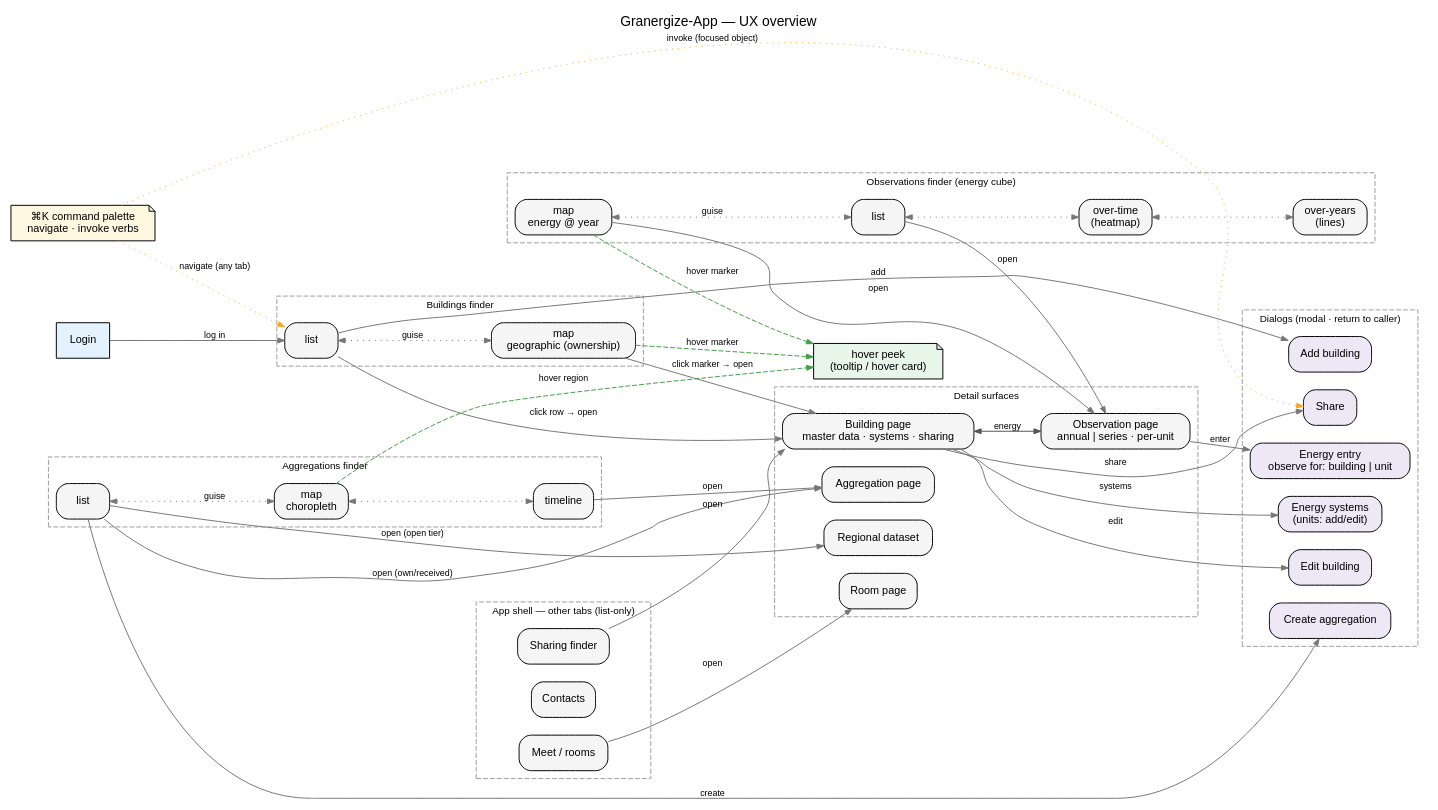
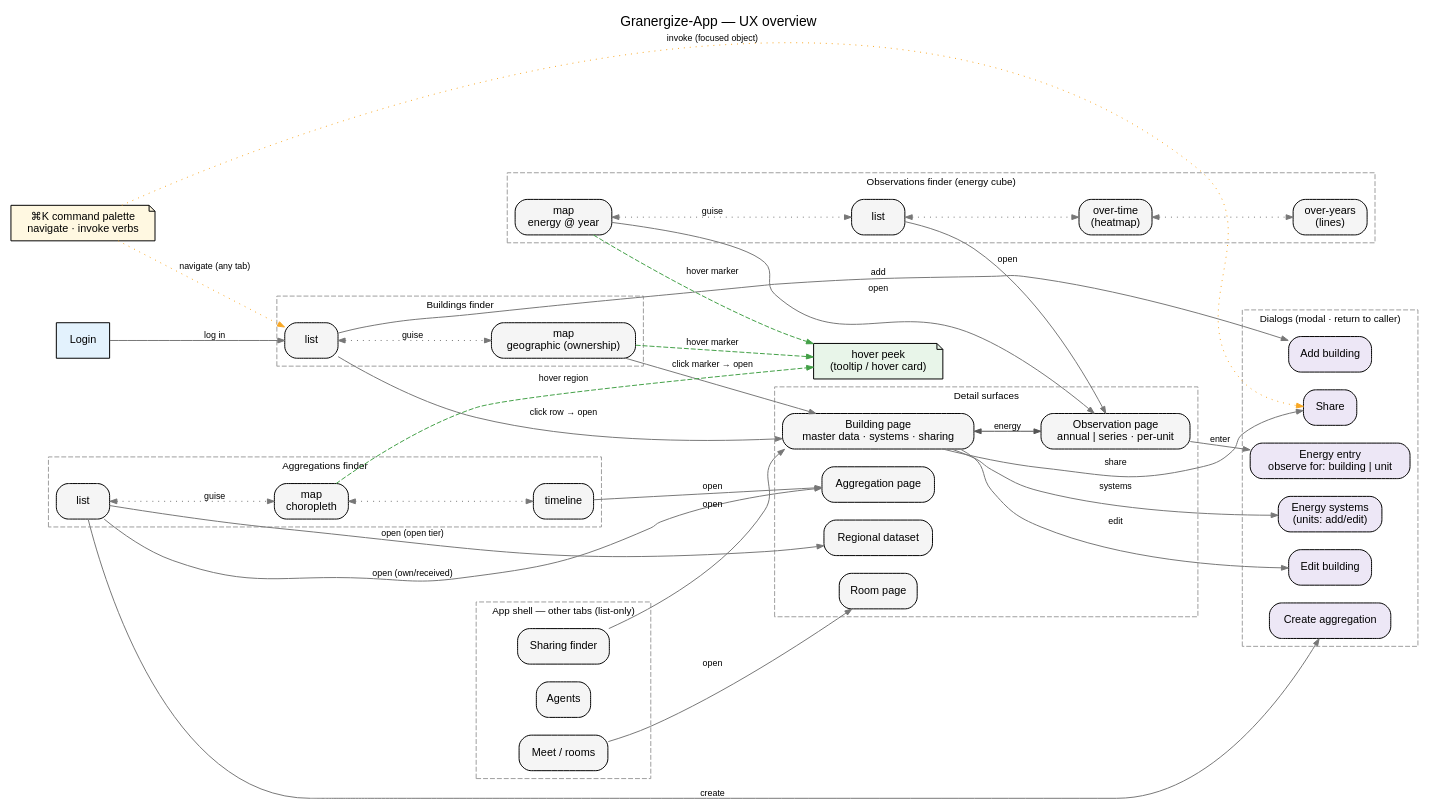
The diagram in notes/ux-overview.dot (wintechis/granergize-webapp), drawn with Graphviz before and after one commit. The commit also changed 54 other files, not shown here.

```diff
--- a/notes/ux-overview.dot
+++ b/notes/ux-overview.dot
@@ -1,117 +1,117 @@
 // Granergize-App — UX overview (a poor-man's statechart: coarse surfaces +
 // the transitions between them, one level above a full statechart).
 //
 // Layers: the app-shell TABS (free-switching finders, each with its GUISE
 // sub-states), the DETAIL surfaces you drill into, and the DIALOGS (modal; return
 // to their caller on save/cancel). The ⌘K palette is a global overlay reaching every
 // tab (navigate) and the focused object's verbs (invoke).
 //
 // Edge legend:  solid = open / navigate (full detail-on-demand)
 //               dashed (green) = hover peek (in-place detail-on-demand)
 //               dotted = guise toggle  ·  orange dotted = ⌘K palette
 // (This is the clean forward-flow overview; the variant with dialog return-edges
 //  is ux-overview-returns.dot.)
 //
 // Render: `dot -Tsvg ux-overview.dot -o ux-overview.svg`.
 digraph ux {
   rankdir=LR;
   compound=true;
   fontname="Helvetica";
   labelloc="t";
   label="Granergize-App — UX overview";
   node [shape=box, style="rounded,filled", fillcolor="#f5f5f5",
         fontname="Helvetica", fontsize=11, margin="0.11,0.06"];
   edge [fontname="Helvetica", fontsize=9, color="#777777", arrowsize=0.7];
 
   Login [fillcolor="#e3f2fd", shape=box, style="filled"];
   Palette [label="⌘K command palette\nnavigate · invoke verbs",
            shape=note, fillcolor="#fff8e1"];
   Peek [label="hover peek\n(tooltip / hover card)", shape=note, fillcolor="#e8f5e9"];
 
   // ── App-shell tabs (switch freely), the multi-guise ones as a cluster of
   // GUISE sub-states; the list-only finders are single nodes. ──
   subgraph cluster_buildings {
     label="Buildings finder"; style="dashed"; color="#9e9e9e"; fontsize=10;
     B_list [label="list"];
     B_map  [label="map\ngeographic (ownership)"];
     B_list -> B_map [dir=both, style=dotted, label="guise"];
   }
   subgraph cluster_obs {
     label="Observations finder (energy cube)"; style="dashed"; color="#9e9e9e"; fontsize=10;
     O_map       [label="map\nenergy @ year"];
     O_list      [label="list"];
     O_overtime  [label="over-time\n(heatmap)"];
     O_overyears [label="over-years\n(lines)"];
     O_map -> O_list           [dir=both, style=dotted, label="guise"];
     O_list -> O_overtime      [dir=both, style=dotted];
     O_overtime -> O_overyears [dir=both, style=dotted];
   }
   subgraph cluster_agg {
     label="Aggregations finder"; style="dashed"; color="#9e9e9e"; fontsize=10;
     A_list     [label="list"];
     A_map      [label="map\nchoropleth"];
     A_timeline [label="timeline"];
     A_list -> A_map      [dir=both, style=dotted, label="guise"];
     A_map  -> A_timeline [dir=both, style=dotted];
   }
   subgraph cluster_singletabs {
     label="App shell — other tabs (list-only)"; style="dashed"; color="#9e9e9e"; fontsize=10;
     Sharing      [label="Sharing finder"];
-    Contacts     [label="Contacts"];
+    Agents       [label="Agents"];
     Meet         [label="Meet / rooms"];
   }
 
   // ── Detail surfaces (drilled into) ──
   subgraph cluster_detail {
     label="Detail surfaces"; style="dashed"; color="#9e9e9e"; fontsize=10;
     BuildingPage    [label="Building page\nmaster data · systems · sharing"];
     ObservationPage [label="Observation page\nannual | series · per-unit"];
     AggregationPage [label="Aggregation page"];
     RegionalPage    [label="Regional dataset"];
     RoomPage        [label="Room page"];
   }
 
   // ── Dialogs (modal · return to caller on save/cancel) ──
   subgraph cluster_dialogs {
     label="Dialogs (modal · return to caller)"; style="dashed"; color="#9e9e9e"; fontsize=10;
     node [fillcolor="#ede7f6"];
     AddBuilding   [label="Add building"];
     EditBuilding  [label="Edit building"];
     ShareBuilding [label="Share"];
     EnergySystems [label="Energy systems\n(units: add/edit)"];
     EnergyEntry   [label="Energy entry\nobserve for: building | unit"];
     CreateAgg     [label="Create aggregation"];
   }
 
   Login -> B_list [label="log in"];
 
   // ── Details-on-demand: hover = in-place peek, click = open the detail page ──
   B_map  -> Peek            [style=dashed, color="#43a047", label="hover marker"];
   A_map  -> Peek            [style=dashed, color="#43a047", label="hover region"];
   O_map  -> Peek            [style=dashed, color="#43a047", label="hover marker"];
   B_map  -> BuildingPage    [label="click marker → open"];
   B_list -> BuildingPage    [label="click row → open"];
   A_list -> AggregationPage [label="open (own/received)"];
   A_timeline -> AggregationPage [label="open"];
   A_list -> RegionalPage    [label="open (open tier)"];
   O_map  -> ObservationPage [label="open"];
   O_list -> ObservationPage [label="open"];
   Sharing      -> BuildingPage    [label="open"];
   Meet         -> RoomPage        [label="open"];
 
   // detail ↔ detail
   BuildingPage -> ObservationPage [label="energy", dir=both, color="#555555"];
 
   // detail / finder → dialogs
   B_list          -> AddBuilding   [label="add"];
   BuildingPage    -> EditBuilding  [label="edit"];
   BuildingPage    -> ShareBuilding [label="share"];
   BuildingPage    -> EnergySystems [label="systems"];
   ObservationPage -> EnergyEntry   [label="enter"];
   A_list          -> CreateAgg     [label="create"];
   // (dialog return-edges omitted here for legibility — see ux-overview-returns.dot)
 
   // ⌘K palette: global overlay (any tab · the focused object's verbs)
   Palette -> B_list        [style=dotted, color="#f9a825", label="navigate (any tab)"];
   Palette -> ShareBuilding [style=dotted, color="#f9a825", label="invoke (focused object)"];
 }
```
